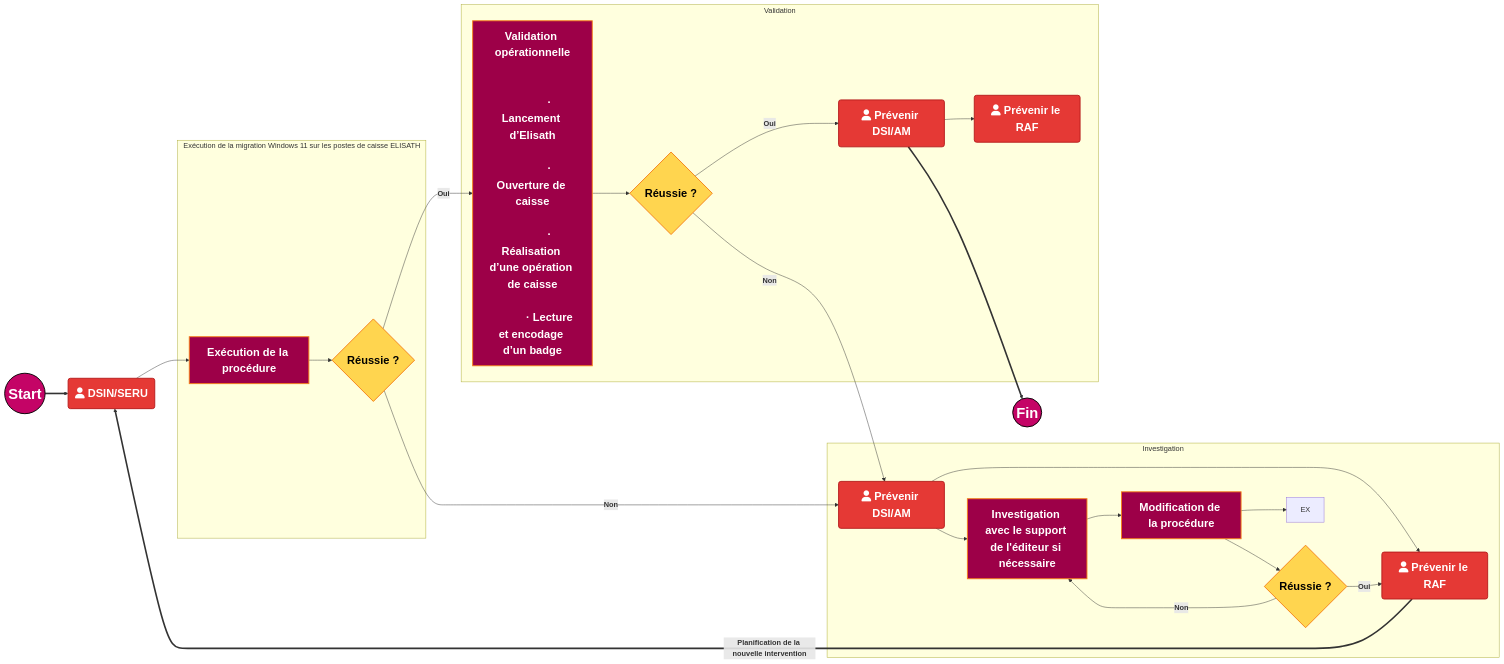
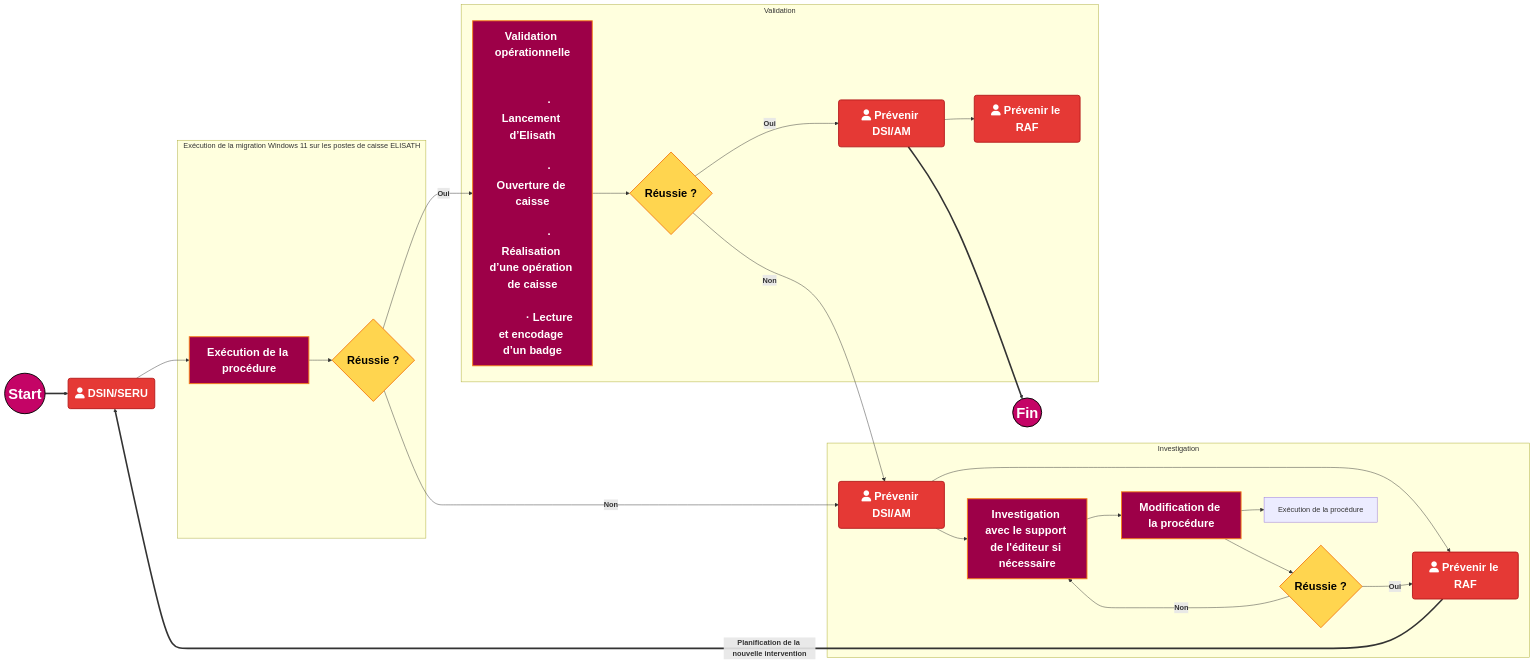
Before and after one commit to fdadda/iodraw-files: the diagram in all/Flux de validation.md, drawn with Mermaid.

Commit message:
2026-05-12 17:17:16 update

````diff
--- a/all/Flux de validation.md
+++ b/all/Flux de validation.md
@@ -1,63 +1,63 @@
 ```mermaid
 flowchart LR
 
     start((Start)) ==> A
     A(fa:fa-user DSIN/SERU) --> B[Exécution de la procédure]
 
     subgraph Exécution de la migration Windows 11 sur les postes de caisse ELISATH
         B --> C{Réussie ?}
     end
 
     subgraph Validation
         C -->|<b>Oui</b>| D["Validation opérationnelle<br/><br/>
             · Lancement d’Elisath<br/>
             · Ouverture de caisse<br/>
             · Réalisation d’une opération de caisse<br/>
             · Lecture et encodage d’un badge"]
 
         D --> Val{Réussie ?}
 
         Val -->|<b>Oui</b>| PrevDSI(fa:fa-user Prévenir DSI/AM)
        
        
         PrevDSI  --> PrevRAF(fa:fa-user Prévenir le RAF)
     end
      PrevDSI ==> fin((Fin))
     Val --> |<b>Non</b>| E
     subgraph Investigation
         C --> |<b>Non</b>| E(fa:fa-user Prévenir DSI/AM)
         E --> F(fa:fa-user Prévenir le RAF)
         E --> G[Investigation avec le support de l'éditeur si nécessaire]
         G --> H[Modification de la procédure]
-        H --> EX
+        H --> EXEC[Exécution de la procédure]
         H --> I{Réussie ?}
         I -->|<b>Oui</b>| F
         I -->|<b>Non</b>| G
     end
 
     F ==>|<b>Planification de la nouvelle intervention</b>| A
 
     %% --- STYLES ---
     classDef StartEndPoint  fill:#c40466,stroke:#000,color:#fff,stroke-width:2px,font-size:32px,font-weight:bold;
     classDef Decision       fill:#ffd54f,stroke:#f57f17,color:#000,stroke-width:2px,font-size:24px,font-weight:bold;
     classDef Action         fill:#9d0048,stroke:#f57f17,color:#fff,stroke-width:2px,font-size:24px,font-weight:bold;
     classDef Error          fill:#e53935,stroke:#b71c1c,color:#fff,stroke-width:2px,font-size:24px,font-weight:bold;
 
     %% --- AFFECTATION DES CLASSES ---
     class start,fin StartEndPoint;
     class C,I,Val Decision;
     class A,E,F,PrevDSI,PrevRAF Error;
     class B,D,G,H Action;
     %% --- “CEINTURE + BRETELLES” (force le style sur les 2 nœuds) ---
     %%style start font-size:32px,font-weight:bold
     %%style fin   font-size:32px,font-weight:bold
 
     %% --- Codes couleur (commentaires) ---
     %% Bleu marine #000080
     %% Midnight blue #191970
     %% Bleu foncé intense #080F70
     %% Bleu foncé moderne #111184
     %% Orange #ffd54f
     %% Rouge #e53935
     %% Rose CAPI #c40466
 ```
````
